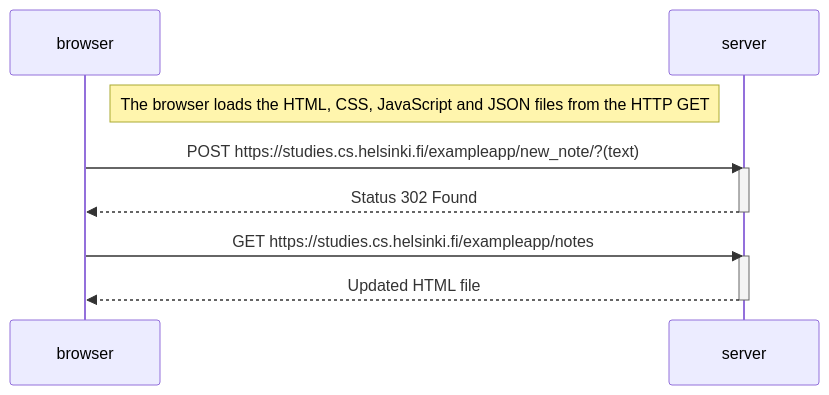
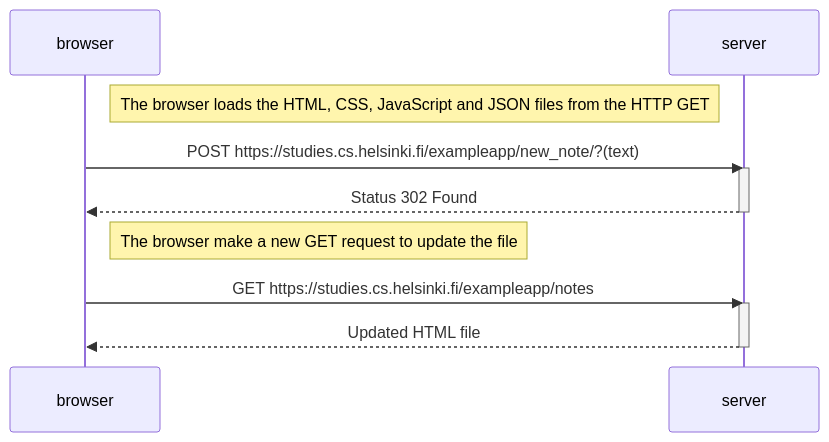
The diagram in part0/0-4.md (PedroCNeto/Fullstack-Open), drawn with Mermaid before and after one commit.

````diff
--- a/part0/0-4.md
+++ b/part0/0-4.md
@@ -3,18 +3,20 @@
 ```mermaid
 sequenceDiagram
     participant browser
     participant server
 
     Note right of browser: The browser loads the HTML, CSS, JavaScript and JSON files from the HTTP GET
 
     browser->>server: POST https://studies.cs.helsinki.fi/exampleapp/new_note/?(text)
     activate server
     server-->>browser: Status 302 Found
     deactivate server
 
+    Note right of browser: The browser make a new GET request to update the file
+
     browser->>server: GET https://studies.cs.helsinki.fi/exampleapp/notes
     activate server
     server-->>browser: Updated HTML file
     deactivate server
 
 ```
````
